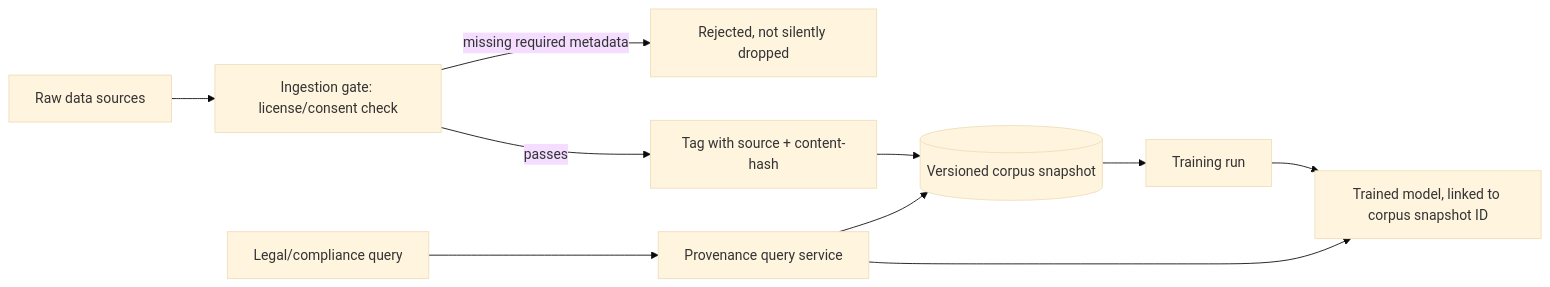
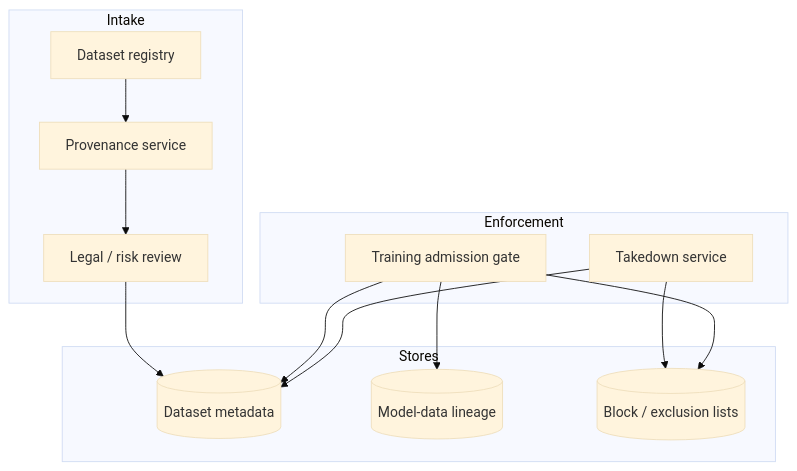
Before and after one commit to vpeetla-ai/ai-architect-interview-playbook: the diagram in ai-system-design/12-training-data-provenance-and-ip-risk-architecture.md, drawn with Mermaid (base theme). The commit also changed other lines of this file and 54 other files, not shown here.

First line of the commit message:
Upgrade system-design APIs and replace HLD flowcharts with architecture diagrams.

````diff
--- a/ai-system-design/12-training-data-provenance-and-ip-risk-architecture.md
+++ b/ai-system-design/12-training-data-provenance-and-ip-risk-architecture.md
@@ -70,12 +83,23 @@
 ```mermaid
-flowchart LR
-    RAW[Raw data sources] --> GATE[Ingestion gate: license/consent check]
-    GATE -->|missing required metadata| REJECT[Rejected, not silently dropped]
-    GATE -->|passes| TAG[Tag with source + content-hash]
-    TAG --> CORPUS[(Versioned corpus snapshot)]
-    CORPUS --> TRAIN[Training run]
-    TRAIN --> MODEL[Trained model, linked to corpus snapshot ID]
-    LEGAL[Legal/compliance query] --> PROVQUERY[Provenance query service]
-    PROVQUERY --> CORPUS
-    PROVQUERY --> MODEL
+graph TB
+  subgraph intake [Intake]
+    Reg[Dataset registry]
+    Prov[Provenance service]
+    Review[Legal / risk review]
+  end
+  subgraph enforcement [Enforcement]
+    Gate[Training admission gate]
+    TD[Takedown service]
+  end
+  subgraph stores [Stores]
+    Meta[(Dataset metadata)]
+    Lineage[(Model-data lineage)]
+    Block[(Block / exclusion lists)]
+  end
+  Reg --> Prov --> Review --> Meta
+  Gate --> Meta
+  Gate --> Lineage
+  TD --> Block
+  TD --> Meta
+  Gate --> Block
 ```
````
